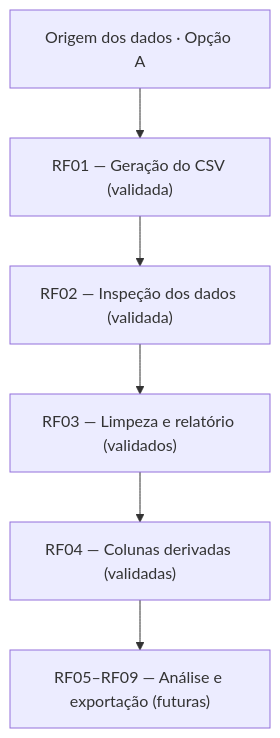
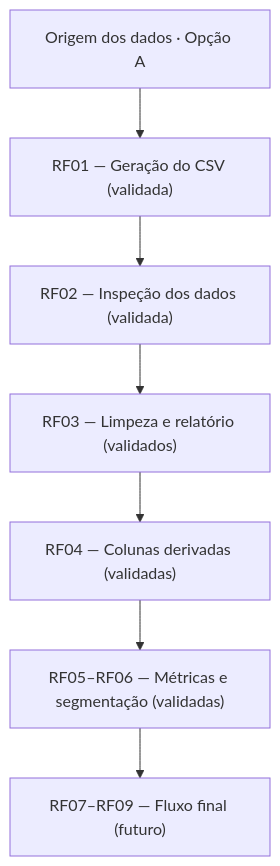
One commit to fabcosta-br/salesinsight-py changed the diagram in README.md. Above: the diagram before and after it, drawn with Mermaid. The commit also changed other lines of this file and 5 other files, not shown here.

First line of the commit message:
feat: implementa RF05 e RF06 — métricas e segmentação de clientes

````diff
--- a/README.md
+++ b/README.md
@@ -27,14 +27,16 @@
 ```mermaid
 flowchart TD
     origem["Origem dos dados · Opção A"]
     geracao["RF01 — Geração do CSV (validada)"]
     inspecao["RF02 — Inspeção dos dados (validada)"]
     limpeza["RF03 — Limpeza e relatório (validados)"]
     transformacao["RF04 — Colunas derivadas (validadas)"]
-    analise["RF05–RF09 — Análise e exportação (futuras)"]
+    analise["RF05–RF06 — Métricas e segmentação (validadas)"]
+    entrega["RF07–RF09 — Fluxo final (futuro)"]
     origem --> geracao
     geracao --> inspecao
     inspecao --> limpeza
     limpeza --> transformacao
     transformacao --> analise
+    analise --> entrega
 ```
````
